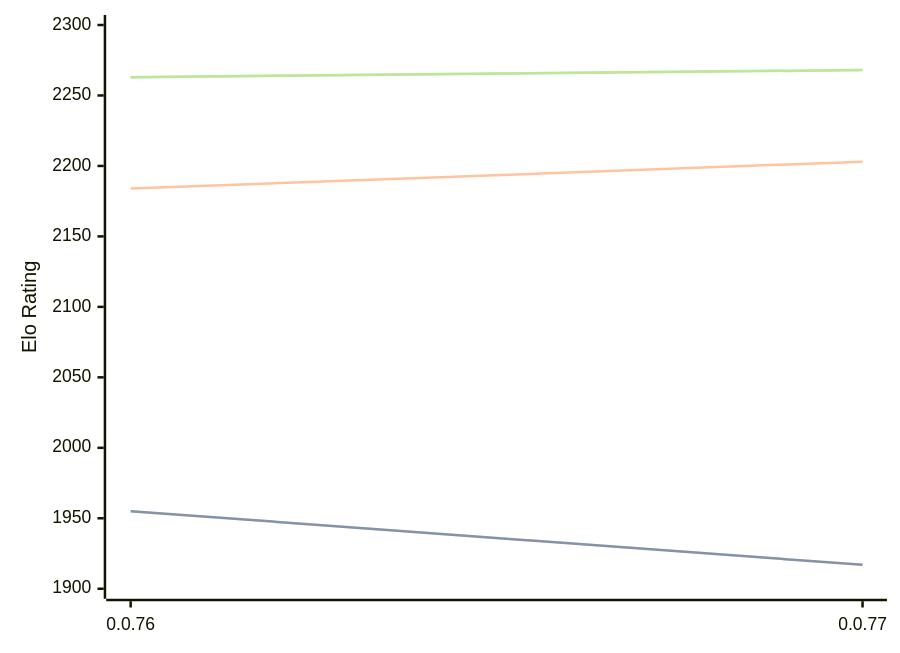
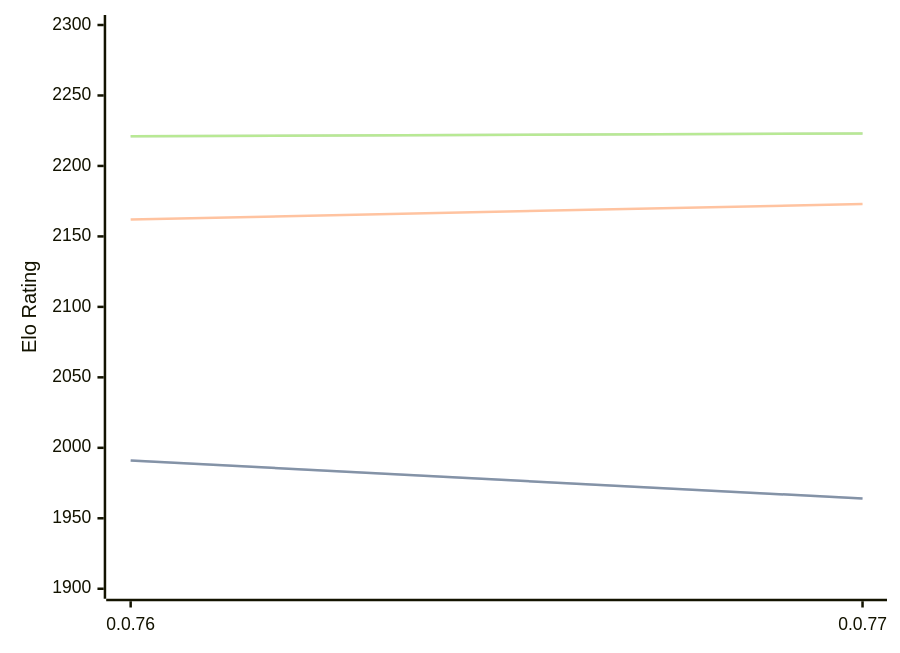
One commit to computer-chess-index/cci changed the diagram in engines/Fktb.md. Above: the diagram before and after it, drawn with Mermaid. The commit also changed other lines of this file, not shown here.

Commit message:
Update CCI Ratings (ELO VLTC) - 2026-02-24

````diff
--- a/engines/Fktb.md
+++ b/engines/Fktb.md
@@ -29,11 +29,11 @@
 ```mermaid
 %%{init: {"theme":"base","themeVariables":{"seriesColors:['#a3a3a3','#222221','#faa371']}}}%%
 xychart-beta
   x-axis ["0.0.76", "0.0.77"]
   y-axis "Elo Rating" 1900 --> 2300
-  line "STC (8.0+0.08s)" [1955, 1917]
-  line "STC (8.0+0.08s)" [1955, 1917]
-  line "LTC (60.0+0.60s)" [2184, 2203]
-  line "VLTC (2m24s+1.12s)" [2263, 2268]
-  line "VLTC (2m24s+1.12s)" [2263, 2268]
+  line "STC (8.0+0.08s)" [1991, 1964]
+  line "STC (8.0+0.08s)" [1991, 1964]
+  line "LTC (60.0+0.60s)" [2162, 2173]
+  line "VLTC (2m24s+1.12s)" [2221, 2223]
+  line "VLTC (2m24s+1.12s)" [2221, 2223]
 ```
````
